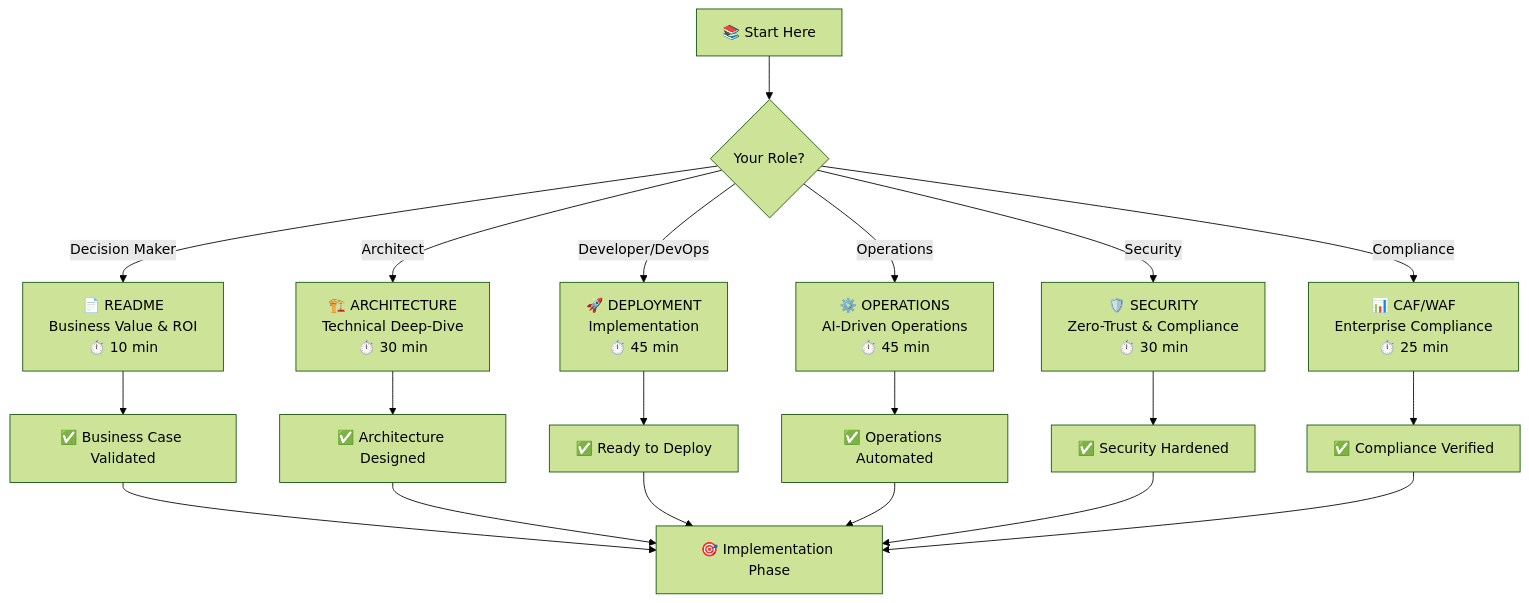
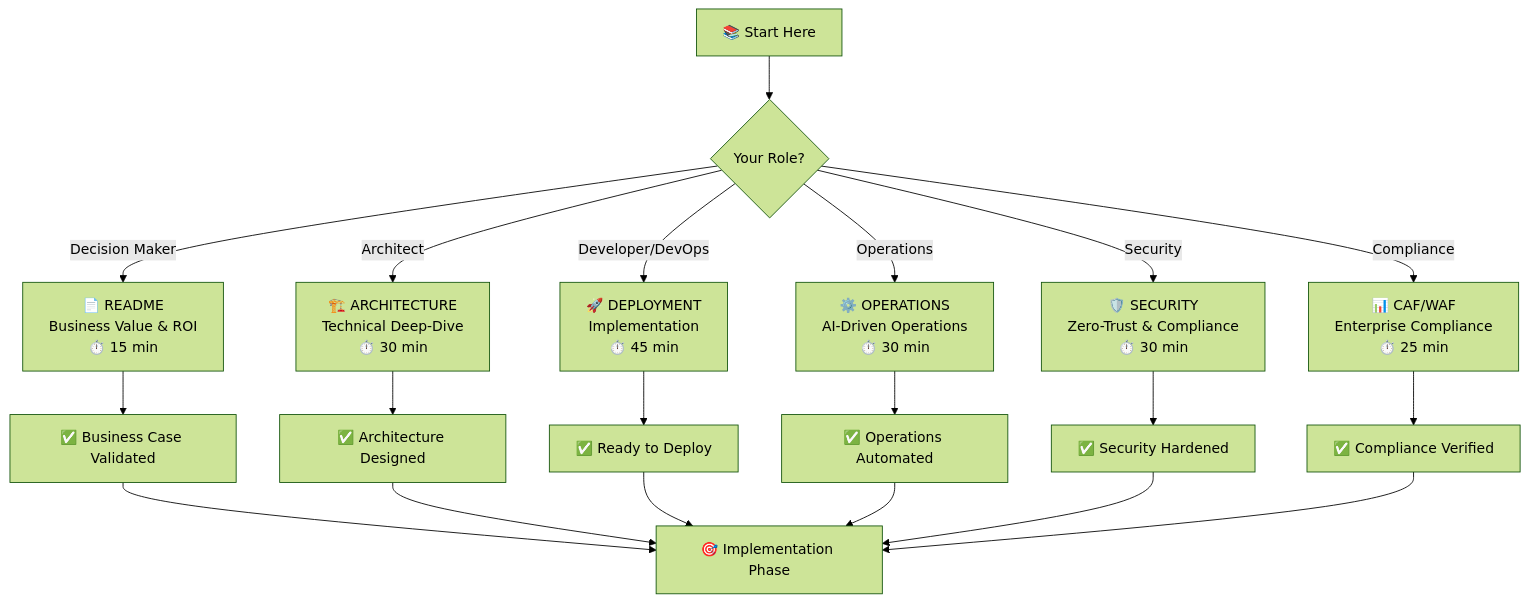
One commit to srnichols/StampsPattern changed the second of 5 diagrams in docs/DOCS.md. Above: the diagram before and after it, drawn with Mermaid (forest theme). The commit also changed other lines of this file and 4 other files, not shown here.

````diff
--- a/docs/DOCS.md
+++ b/docs/DOCS.md
@@ -32,25 +83,25 @@
 ```mermaid
 graph TD
     A[📚 Start Here] --> B{Your Role?}
     
-    B -->|Decision Maker| C[📄 README<br/>Business Value & ROI<br/>⏱️ 10 min]
+    B -->|Decision Maker| C[📄 README<br/>Business Value & ROI<br/>⏱️ 15 min]
     B -->|Architect| D[🏗️ ARCHITECTURE<br/>Technical Deep-Dive<br/>⏱️ 30 min]
     B -->|Developer/DevOps| E[🚀 DEPLOYMENT<br/>Implementation<br/>⏱️ 45 min]
-    B -->|Operations| F[⚙️ OPERATIONS<br/>AI-Driven Operations<br/>⏱️ 45 min]
+    B -->|Operations| F[⚙️ OPERATIONS<br/>AI-Driven Operations<br/>⏱️ 30 min]
     B -->|Security| G[🛡️ SECURITY<br/>Zero-Trust & Compliance<br/>⏱️ 30 min]
     B -->|Compliance| N[📊 CAF/WAF<br/>Enterprise Compliance<br/>⏱️ 25 min]
     
     C --> H[✅ Business Case Validated]
     D --> I[✅ Architecture Designed]
     E --> J[✅ Ready to Deploy]
     F --> K[✅ Operations Automated]
     G --> L[✅ Security Hardened]
     N --> O[✅ Compliance Verified]
     
     H --> M[🎯 Implementation Phase]
     I --> M
     J --> M
     K --> M
     L --> M
     O --> M
 ```
````
